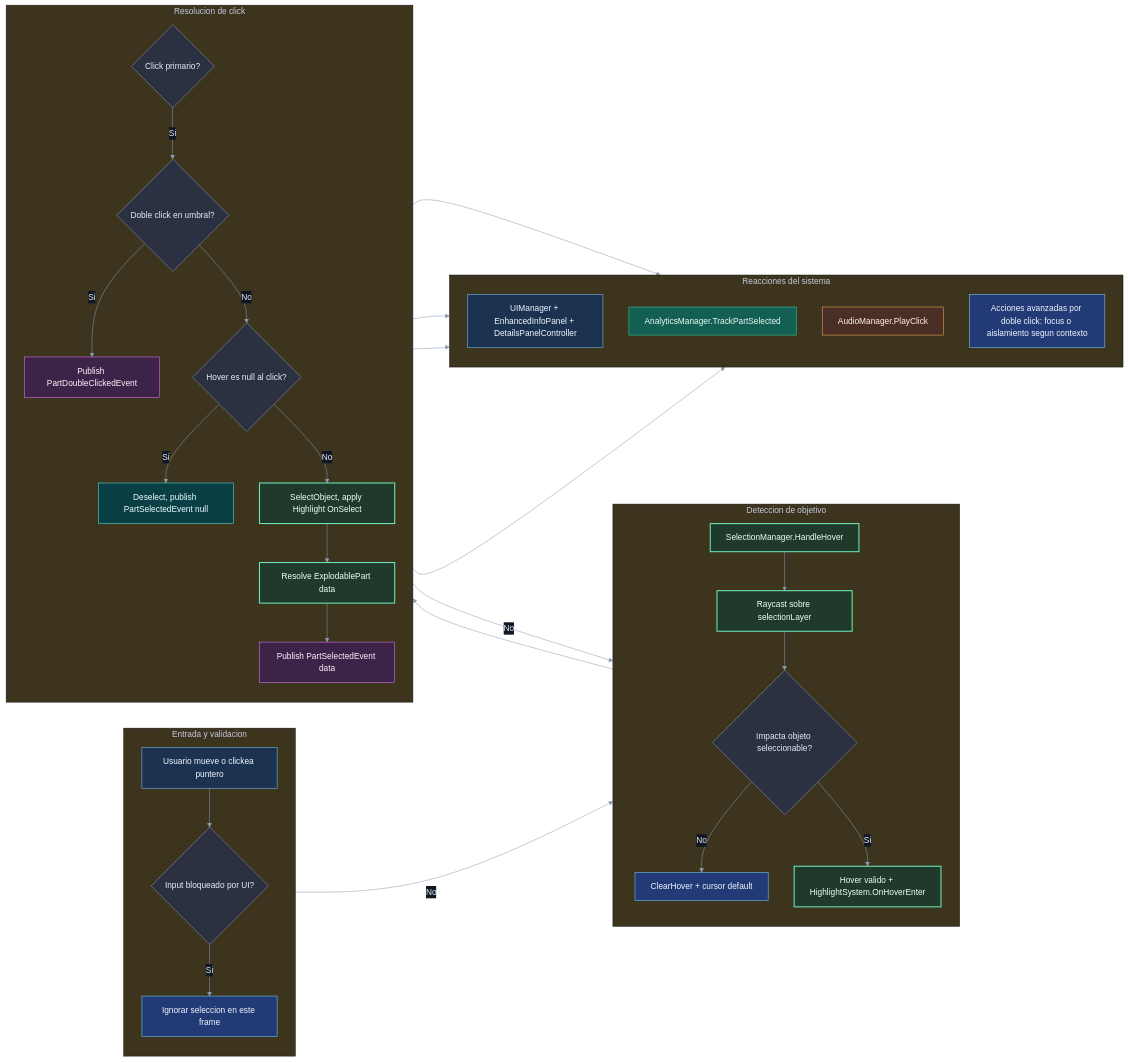
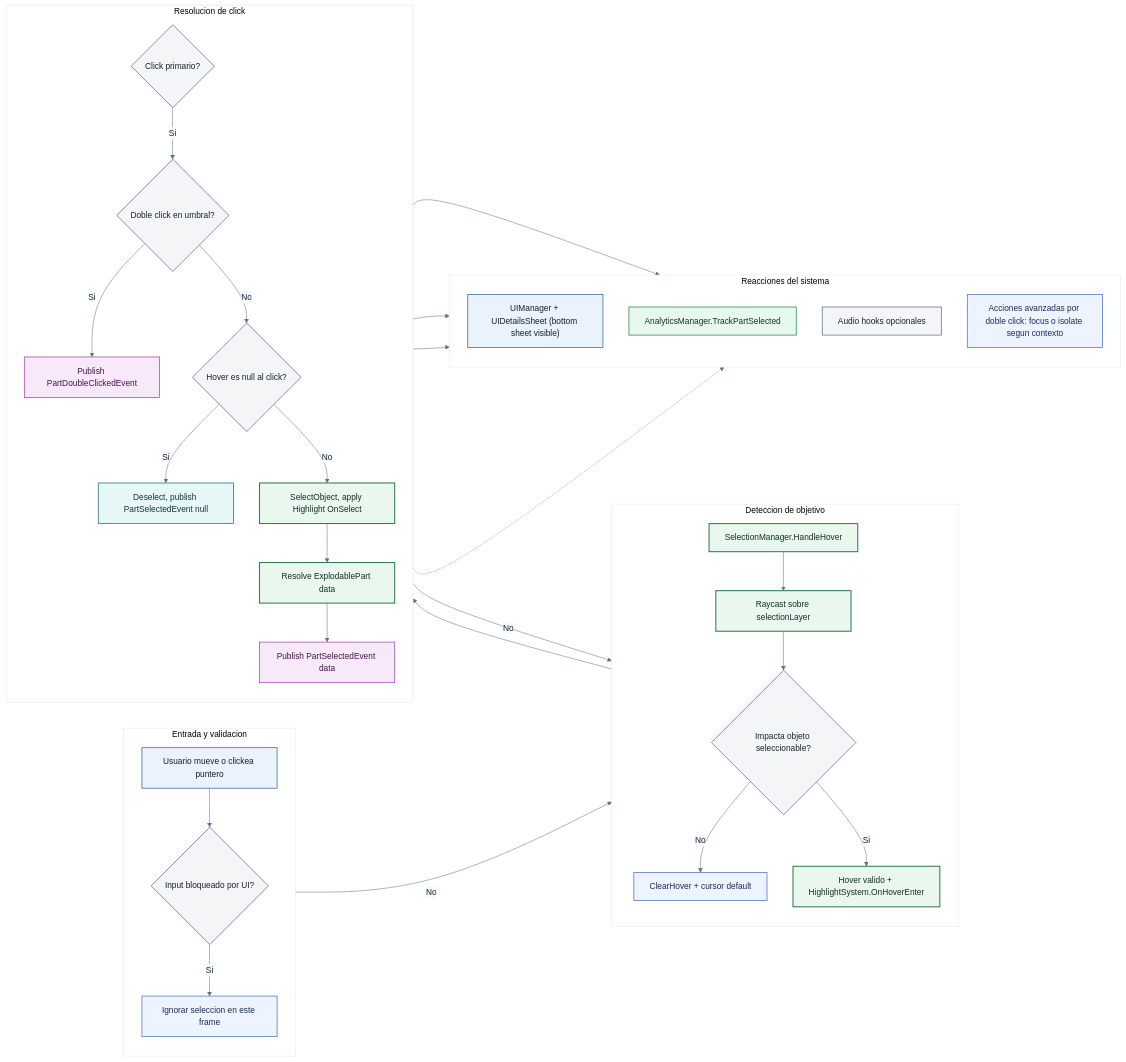
The diagram in Informe_final/Desarrollo_App/Audits/07_Diagrams_Workflow/rendered/fig_4_4.mmd (delarge95/WebGL-Thesis-Proposal), drawn with Mermaid before and after one commit. The commit also changed other lines of this file and 53 other files, not shown here.

First line of the commit message:
Checkpoint 2026-04-12: correcciones ortograficas, audits y rerender Mermaid en propuesta/informe

```diff
--- a/Informe_final/Desarrollo_App/Audits/07_Diagrams_Workflow/rendered/fig_4_4.mmd
+++ b/Informe_final/Desarrollo_App/Audits/07_Diagrams_Workflow/rendered/fig_4_4.mmd
@@ -1,88 +1,88 @@
 %%{init: {'theme':'base','themeVariables': {
-  'fontFamily':'system-ui, -apple-system, Segoe UI, sans-serif',
-  'background':'#0b0f17',
-  'primaryColor':'#151b2b',
-  'primaryTextColor':'#e6edf7',
-  'primaryBorderColor':'#7dd3fc',
-  'lineColor':'#8b9bb4',
-  'textColor':'#e6edf7',
-  'edgeLabelBackground':'#0f1724'
+  'fontFamily':'Trebuchet MS, Segoe UI, sans-serif',
+  'background':'#fcfcf8',
+  'primaryColor':'#f5f7fb',
+  'primaryTextColor':'#102033',
+  'primaryBorderColor':'#4a6fa5',
+  'lineColor':'#617184',
+  'textColor':'#102033',
+  'edgeLabelBackground':'#f7f9fc'
 }}}%%
 flowchart LR
     subgraph I1[Entrada y validacion]
       direction TB
       A[Usuario mueve o clickea puntero]
       B{Input bloqueado por UI?}
       Z[Ignorar seleccion en este frame]
     end
 
     subgraph I2[Deteccion de objetivo]
       direction TB
       C[SelectionManager.HandleHover]
       D[Raycast sobre selectionLayer]
       E{Impacta objeto seleccionable?}
       F[ClearHover + cursor default]
       G[Hover valido + HighlightSystem.OnHoverEnter]
     end
 
     subgraph I3[Resolucion de click]
       direction TB
       H{Click primario?}
       I{Doble click en umbral?}
       J[Publish PartDoubleClickedEvent]
       K{Hover es null al click?}
       L[Deselect, publish PartSelectedEvent null]
       M[SelectObject, apply Highlight OnSelect]
       N[Resolve ExplodablePart data]
       P[Publish PartSelectedEvent data]
     end
 
     subgraph I4[Reacciones del sistema]
       direction TB
-      Q[UIManager + EnhancedInfoPanel + DetailsPanelController]
+      Q["UIManager + UIDetailsSheet (bottom sheet visible)"]
       R[AnalyticsManager.TrackPartSelected]
-      S[AudioManager.PlayClick]
-      T[Acciones avanzadas por doble click: focus o aislamiento segun contexto]
+      S[Audio hooks opcionales]
+      T[Acciones avanzadas por doble click: focus o isolate segun contexto]
     end
 
     A --> B
     B -- Si --> Z
     B -- No --> C
     C --> D
     D --> E
     E -- No --> F
     E -- Si --> G
     G --> H
     H -- No --> C
     H -- Si --> I
     I -- Si --> J
     J --> T
     I -- No --> K
     K -- Si --> L
     K -- No --> M
     M --> N
     N --> P
 
     P --> Q
     P --> R
-    P --> S
+    P -.-> S
 
-    classDef ui fill:#1b3250,stroke:#7cc8ff,color:#f0f8ff,stroke-width:1px;
-    classDef orch fill:#1f3a2b,stroke:#6ee7b7,color:#ecfff6,stroke-width:2px;
-    classDef svc fill:#4a2f26,stroke:#f6ad55,color:#fff4e6,stroke-width:1px;
-    classDef data fill:#2f2a44,stroke:#c4b5fd,color:#f5f3ff,stroke-width:1px;
-    classDef event fill:#3d2348,stroke:#e879f9,color:#fdf4ff,stroke-width:1px;
-    classDef state fill:#0b3f46,stroke:#5eead4,color:#ecfeff,stroke-width:1px;
-    classDef risk fill:#5a1c1c,stroke:#f87171,color:#fff1f2,stroke-width:2px;
-    classDef mitigation fill:#223a76,stroke:#7dd3fc,color:#f0f8ff,stroke-width:1px;
-    classDef result fill:#145f54,stroke:#34d399,color:#ecfdf5,stroke-width:1px;
-    classDef neutral fill:#2b3140,stroke:#8b9bb4,color:#e6edf7,stroke-width:1px;
+    classDef ui fill:#eaf2fb,stroke:#3b6ea5,color:#102033,stroke-width:1.5px;
+    classDef orch fill:#e9f7ef,stroke:#2f7d4c,color:#10311c,stroke-width:2px;
+    classDef svc fill:#fff1e6,stroke:#b56a1e,color:#4b2b08,stroke-width:1.5px;
+    classDef data fill:#f2ecfb,stroke:#7a59b5,color:#281642,stroke-width:1.5px;
+    classDef event fill:#f7e9fa,stroke:#a44fb3,color:#45154a,stroke-width:1.5px;
+    classDef state fill:#e7f6f7,stroke:#21797a,color:#123536,stroke-width:1.5px;
+    classDef risk fill:#fdeaea,stroke:#c23b3b,color:#5a1515,stroke-width:2px;
+    classDef mitigation fill:#edf3ff,stroke:#5877c6,color:#1b2d57,stroke-width:1.5px;
+    classDef result fill:#e8f8ef,stroke:#2d8a57,color:#123322,stroke-width:1.5px;
+    classDef neutral fill:#f3f5f7,stroke:#677788,color:#17212b,stroke-width:1.5px;
 
     class A,Q ui;
     class C,D,G,M,N orch;
     class B,E,H,I,K neutral;
     class Z,F,T mitigation;
     class J,P event;
     class L state;
     class R result;
-    class S svc;
+    class S neutral;
```
